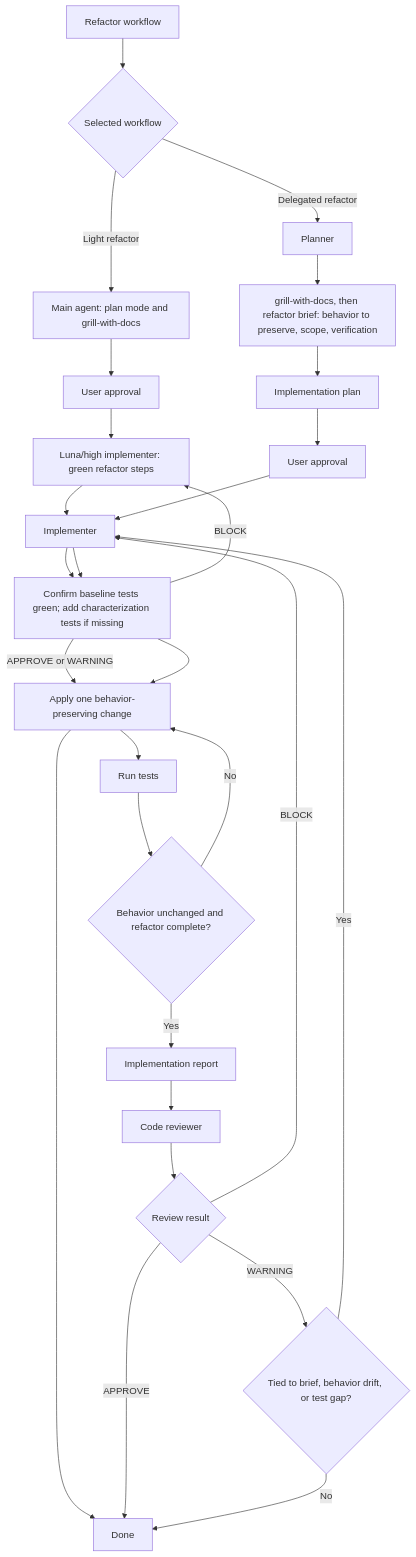
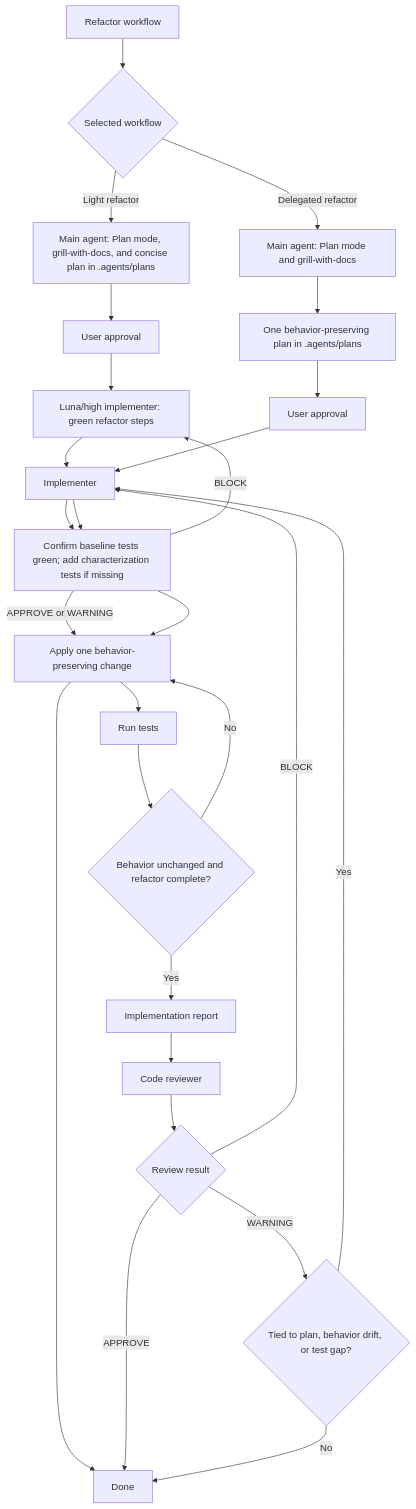
Before and after one commit to aloilor/lean-coding-agent: the third of 4 diagrams in README.md, drawn with Mermaid. The commit also changed other lines of this file and 18 other files, not shown here.

````diff
--- a/README.md
+++ b/README.md
@@ -97,30 +96,29 @@
 ```mermaid
 flowchart TD
     A[Refactor workflow] --> B{Selected workflow}
-    B -->|Light refactor| C[Main agent: plan mode and grill-with-docs]
+    B -->|Light refactor| C[Main agent: Plan mode, grill-with-docs, and concise plan in .agents/plans]
     C --> D[User approval]
     D --> E[Luna/high implementer: green refactor steps]
     E --> F[Luna/high code reviewer]
     F --> G{Review result}
     G -->|BLOCK| E
     G -->|APPROVE or WARNING| H[Main-agent closeout and verification]
     H --> O[Done]
-    B -->|Delegated refactor| P[Planner]
-    P --> Q[grill-with-docs, then refactor brief: behavior to preserve, scope, verification]
-    Q --> R[Implementation plan]
-    R --> S[User approval]
+    B -->|Delegated refactor| P[Main agent: Plan mode and grill-with-docs]
+    P --> Q[One behavior-preserving plan in .agents/plans]
+    Q --> S[User approval]
     S --> F[Implementer]
     F --> G[Confirm baseline tests green; add characterization tests if missing]
     G --> H[Apply one behavior-preserving change]
     H --> I[Run tests]
     I --> J{Behavior unchanged and refactor complete?}
     J -->|No| H
     J -->|Yes| K[Implementation report]
     K --> L[Code reviewer]
     L --> M{Review result}
     M -->|APPROVE| O
     M -->|BLOCK| F
-    M -->|WARNING| T{Tied to brief, behavior drift, or test gap?}
+    M -->|WARNING| T{Tied to plan, behavior drift, or test gap?}
     T -->|Yes| F
     T -->|No| O
 ```
````
